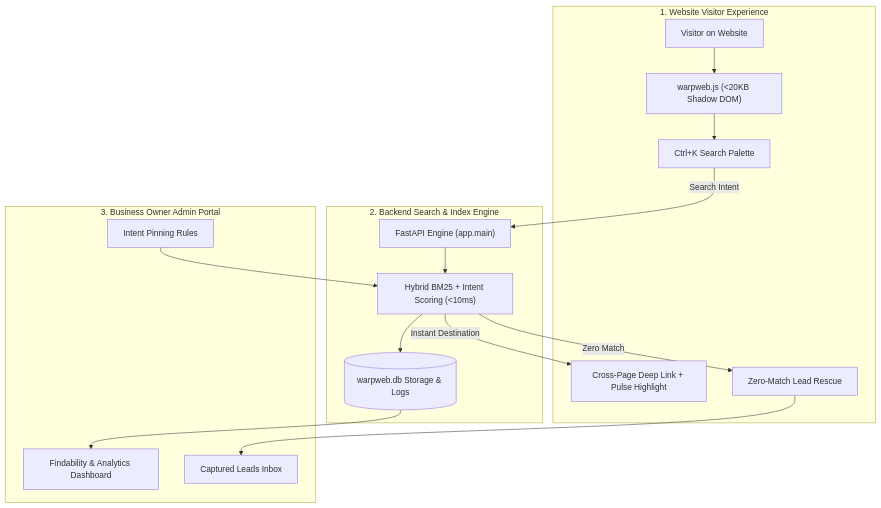
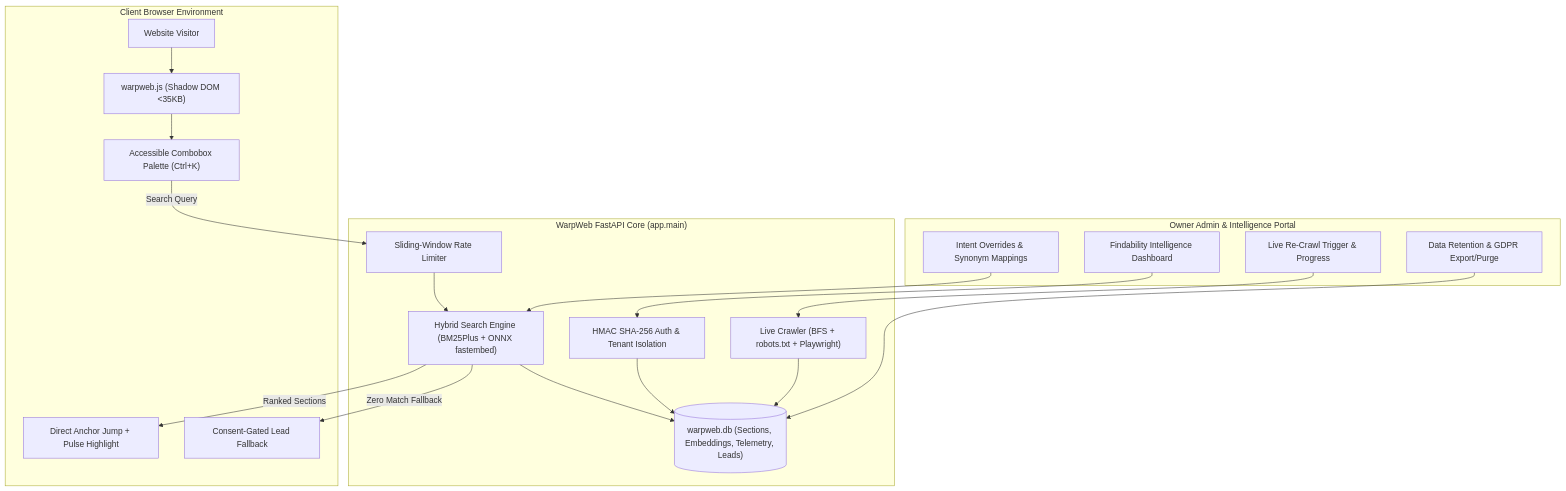
Before and after one commit to ruru-devs/WarpWeb: the diagram in README.md, drawn with Mermaid. The commit also changed other lines of this file and 7 other files, not shown here.

Commit message:
feat(compliance): implement lead consent, data retention/export/deletion APIs, SECURITY.md, and updated docs

````diff
--- a/README.md
+++ b/README.md
@@ -24,34 +79,40 @@
 ```mermaid
 flowchart TD
-    subgraph Client["1. Website Visitor Experience"]
-        User["Visitor on Website"]
-        Widget["warpweb.js (<20KB Shadow DOM)"]
-        Palette["Ctrl+K Search Palette"]
-        Jump["Cross-Page Deep Link + Pulse Highlight"]
-        LeadForm["Zero-Match Lead Rescue"]
+    subgraph Browser["Client Browser Environment"]
+        Visitor["Website Visitor"]
+        Widget["warpweb.js (Shadow DOM <35KB)"]
+        Palette["Accessible Combobox Palette (Ctrl+K)"]
+        NavAction["Direct Anchor Jump + Pulse Highlight"]
+        LeadModal["Consent-Gated Lead Fallback"]
     end
 
-    subgraph CoreEngine["2. Backend Search & Index Engine"]
-        API["FastAPI Engine (app.main)"]
-        Hybrid["Hybrid BM25 + Intent Scoring (<10ms)"]
-        SQLite[("warpweb.db Storage & Logs")]
+    subgraph BackendAPI["WarpWeb FastAPI Core (app.main)"]
+        AuthMiddleware["HMAC SHA-256 Auth & Tenant Isolation"]
+        RateLimiter["Sliding-Window Rate Limiter"]
+        HybridEngine["Hybrid Search Engine (BM25Plus + ONNX fastembed)"]
+        LiveCrawl["Live Crawler (BFS + robots.txt + Playwright)"]
+        SQLiteDB[("warpweb.db (Sections, Embeddings, Telemetry, Leads)")]
     end
 
-    subgraph Owner["3. Business Owner Admin Portal"]
-        Dashboard["Findability & Analytics Dashboard"]
-        Overrides["Intent Pinning Rules"]
-        LeadInbox["Captured Leads Inbox"]
+    subgraph OwnerAdmin["Owner Admin & Intelligence Portal"]
+        Dashboard["Findability Intelligence Dashboard"]
+        CrawlTrigger["Live Re-Crawl Trigger & Progress"]
+        RuleConfig["Intent Overrides & Synonym Mappings"]
+        ComplianceExport["Data Retention & GDPR Export/Purge"]
     end
 
-    User --> Widget
+    Visitor --> Widget
     Widget --> Palette
-    Palette -->|Search Intent| API
-    API --> Hybrid
-    Hybrid --> SQLite
-    Hybrid -->|Instant Destination| Jump
-    Hybrid -->|Zero Match| LeadForm
+    Palette -->|Search Query| RateLimiter
+    RateLimiter --> HybridEngine
+    HybridEngine --> SQLiteDB
+    HybridEngine -->|Ranked Sections| NavAction
+    HybridEngine -->|Zero Match Fallback| LeadModal
 
-    SQLite --> Dashboard
-    Overrides --> Hybrid
-    LeadForm --> LeadInbox
+    Dashboard --> AuthMiddleware
+    AuthMiddleware --> SQLiteDB
+    CrawlTrigger --> LiveCrawl
+    LiveCrawl --> SQLiteDB
+    RuleConfig --> HybridEngine
+    ComplianceExport --> SQLiteDB
 ```
````
